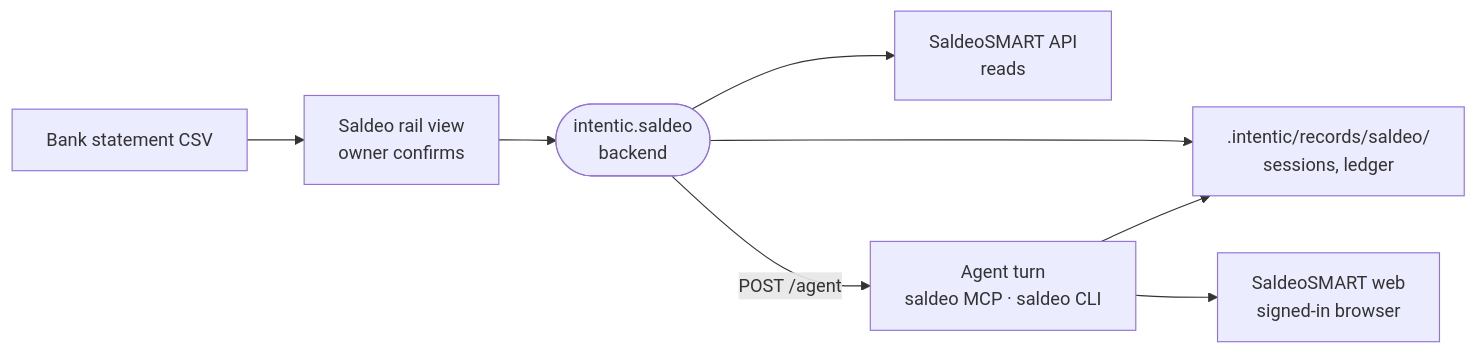
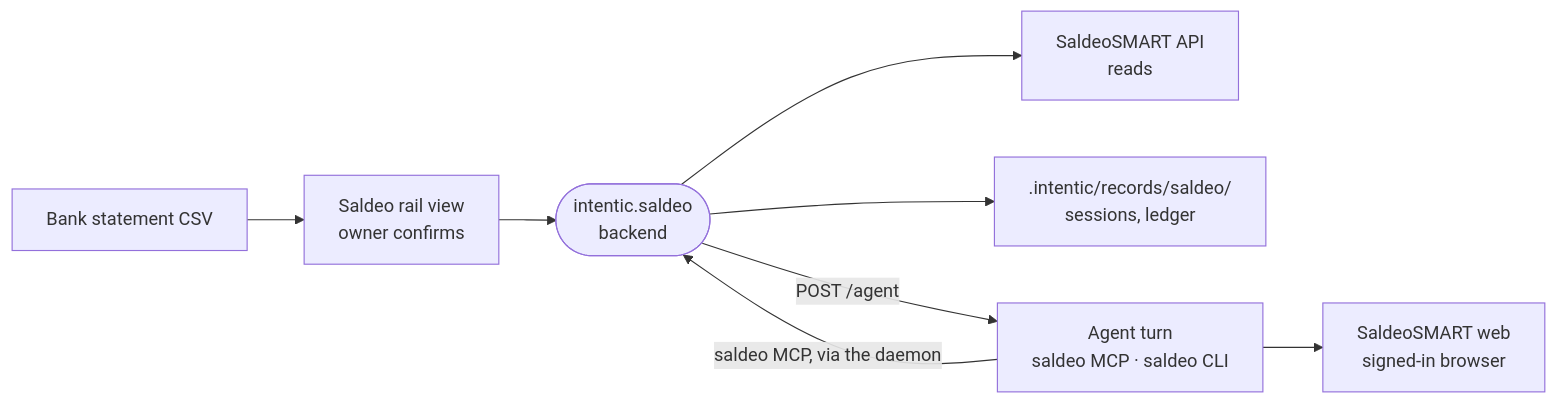
Before and after one commit to radarsu/intentic-saldeo: the diagram in README.md, drawn with Mermaid. The commit also changed other lines of this file and 14 other files, not shown here.

Commit message:
feat(sandbox): mount capability `mcp` on extension backend and retire stdio saldeo-mcp

````diff
--- a/README.md
+++ b/README.md
@@ -5,10 +5,10 @@
 ```mermaid
 flowchart LR
     csv["Bank statement CSV"] --> view["Saldeo rail view<br/>owner confirms"]
     view --> backend(["intentic.saldeo<br/>backend"])
     backend --> api["SaldeoSMART API<br/>reads"]
     backend --> records[".intentic/records/saldeo/<br/>sessions, ledger"]
     backend -->|"POST /agent"| agent["Agent turn<br/>saldeo MCP · saldeo CLI"]
-    agent --> records
+    agent -->|"saldeo MCP, via the daemon"| backend
     agent --> web["SaldeoSMART web<br/>signed-in browser"]
 ```
````
